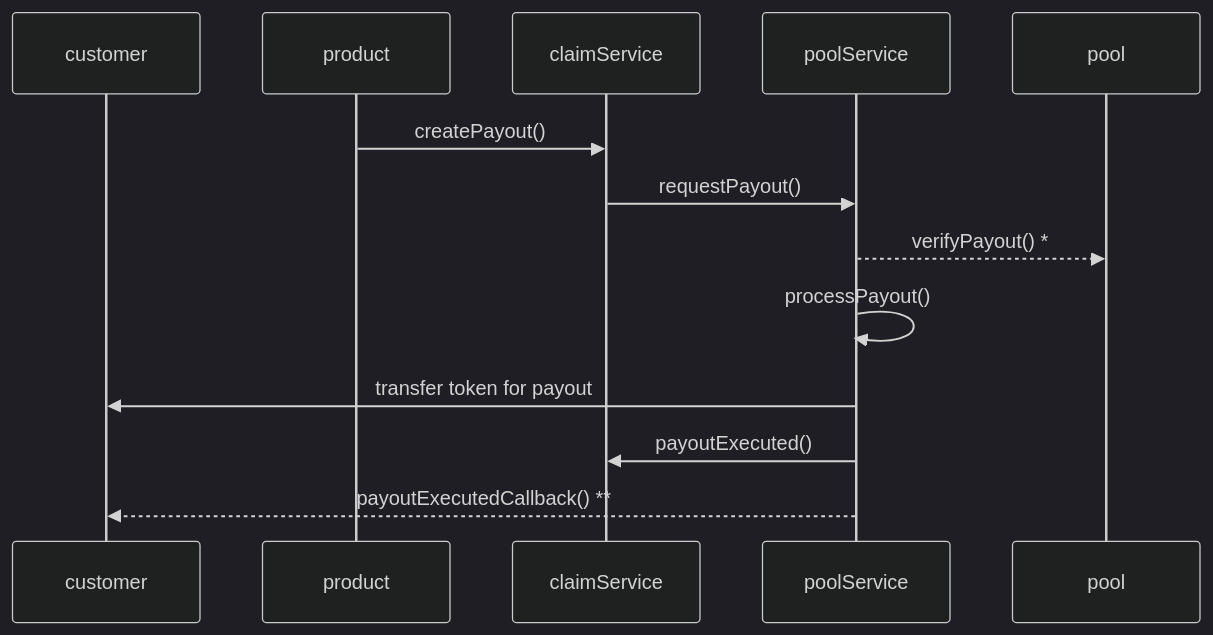
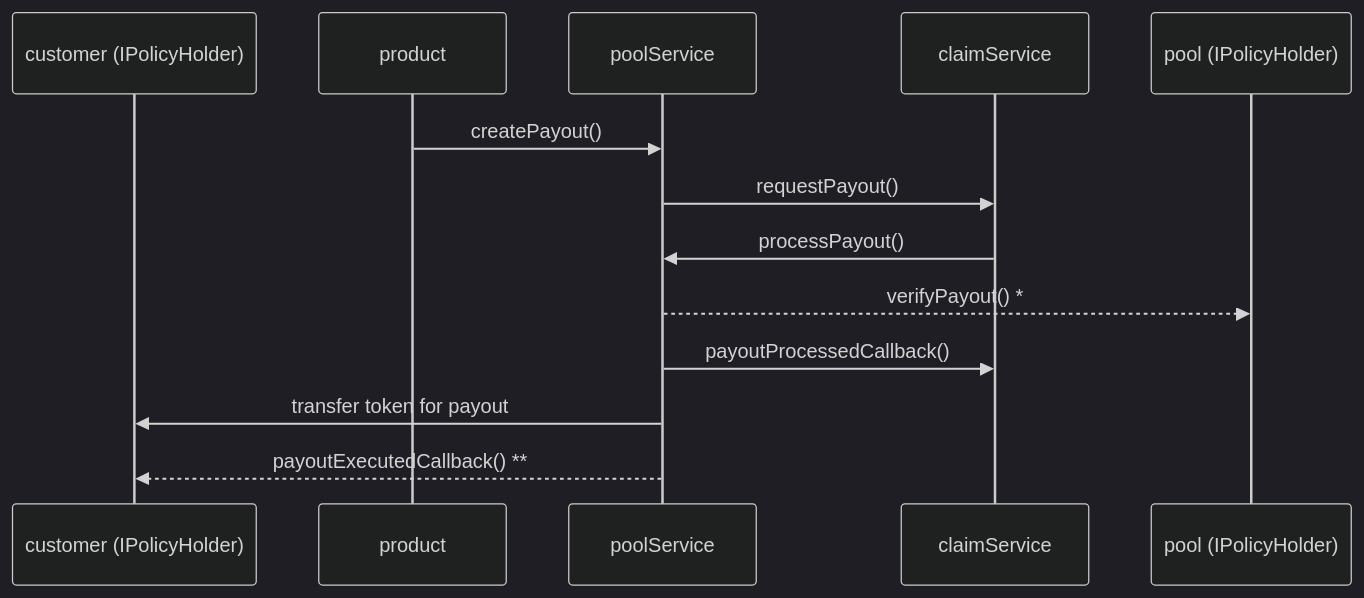
The first of 2 diagrams in docs_manual/payout_handling.md (etherisc/gif-next), drawn with Mermaid (dark theme) before and after one commit. The commit also changed other lines of this file and 15 other files, not shown here.

Commit message:
move create/processPayout to ClaimService

````diff
--- a/docs_manual/payout_handling.md
+++ b/docs_manual/payout_handling.md
@@ -12,15 +12,15 @@
 ```mermaid
 sequenceDiagram
-  participant customer
+  participant customer as customer (IPolicyHolder)
   participant product
+  participant poolService
   participant claimService
-  participant poolService
-  participant pool
-  product->>claimService: createPayout()
-  claimService ->> poolService: requestPayout()
+  participant pool as pool (IPolicyHolder)
+  product->> poolService: createPayout()
+  poolService ->> claimService: requestPayout()
+  claimService ->> poolService: processPayout()
   poolService -->> pool: verifyPayout() *
-  poolService ->> poolService: processPayout()
+  poolService ->> claimService: payoutProcessedCallback()
   poolService ->> customer: transfer token for payout
-  poolService ->> claimService: payoutExecuted()
   poolService -->> customer: payoutExecutedCallback() **
 ```
````
